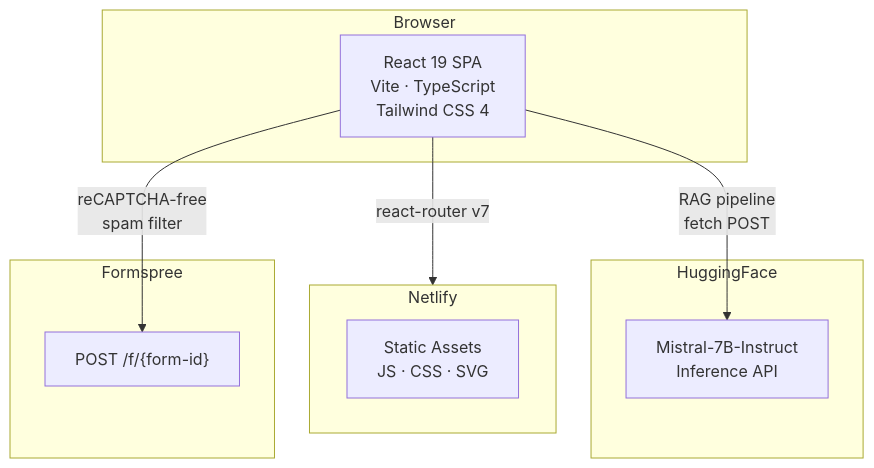
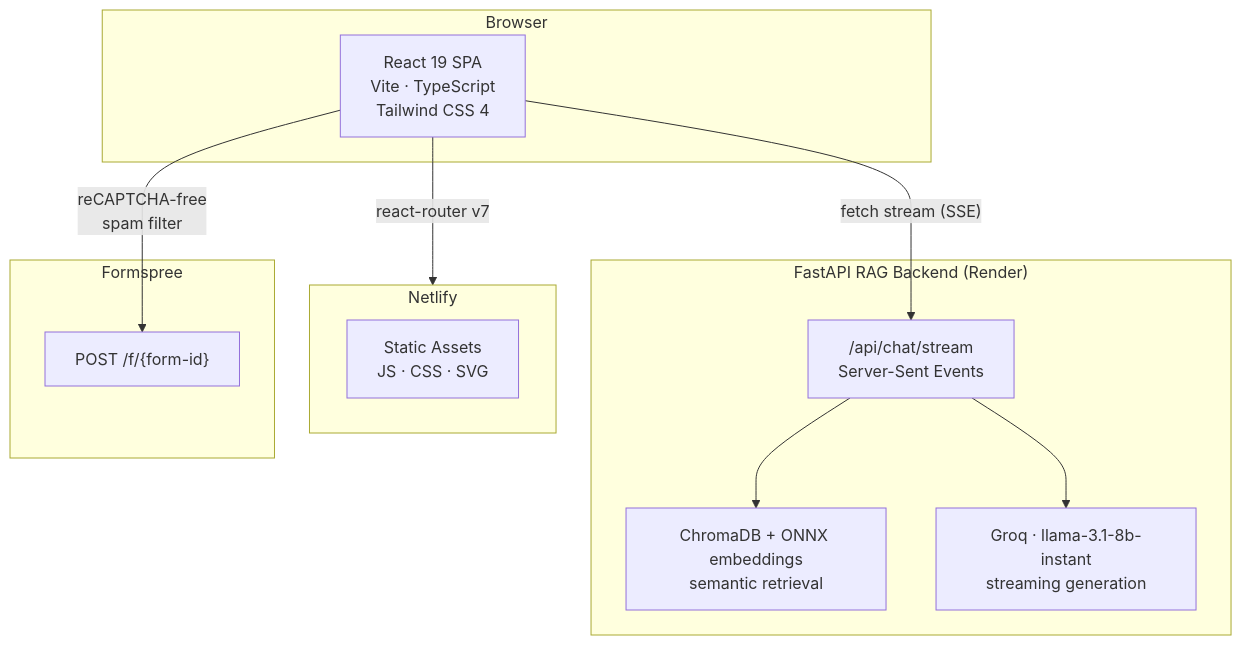
One commit to jdvalmart/portafolio-jdvalmart changed the first of 3 diagrams in README.md. Above: the diagram before and after it, drawn with Mermaid. The commit also changed other lines of this file and 11 other files, not shown here.

````diff
--- a/README.md
+++ b/README.md
@@ -20,22 +20,26 @@
 ```mermaid
 graph TB
     subgraph Browser["Browser"]
         SPA["React 19 SPA<br/>Vite · TypeScript<br/>Tailwind CSS 4"]
     end
 
     subgraph CDN["Netlify"]
         Assets["Static Assets<br/>JS · CSS · SVG"]
     end
 
-    subgraph AI["HuggingFace"]
-        LLM["Mistral-7B-Instruct<br/>Inference API"]
+    subgraph Backend["FastAPI RAG Backend (Render)"]
+        ChatAPI["/api/chat/stream<br/>Server-Sent Events"]
+        Vector["ChromaDB + ONNX embeddings<br/>semantic retrieval"]
+        Groq["Groq · llama-3.1-8b-instant<br/>streaming generation"]
     end
 
     subgraph Contact["Formspree"]
-        API["POST /f/{form-id}"]
+        FormAPI["POST /f/{form-id}"]
     end
 
     SPA -->|"react-router v7"| CDN
-    SPA -->|"RAG pipeline<br/>fetch POST"| LLM
-    SPA -->|"reCAPTCHA-free<br/>spam filter"| API
+    SPA -->|"fetch stream (SSE)"| ChatAPI
+    ChatAPI --> Vector
+    ChatAPI --> Groq
+    SPA -->|"reCAPTCHA-free<br/>spam filter"| FormAPI
 ```
````
